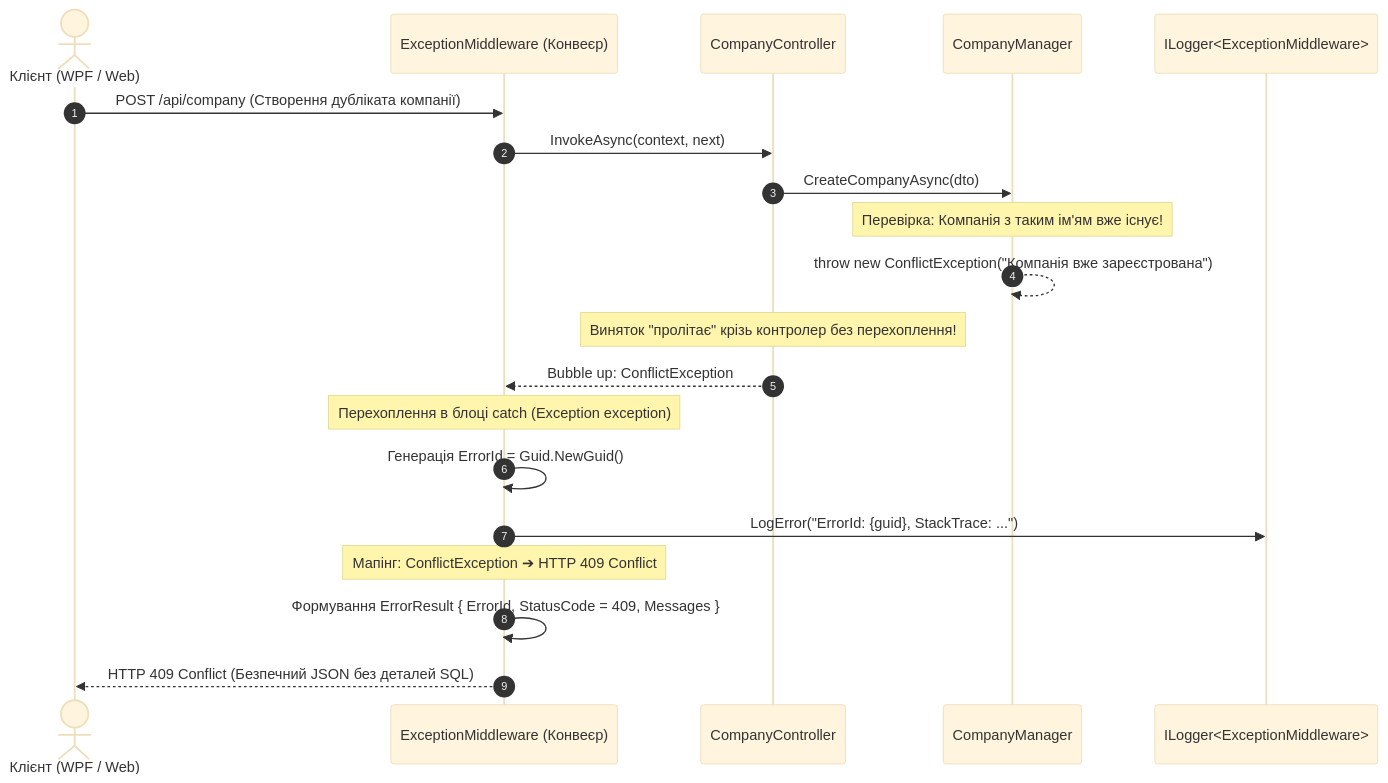
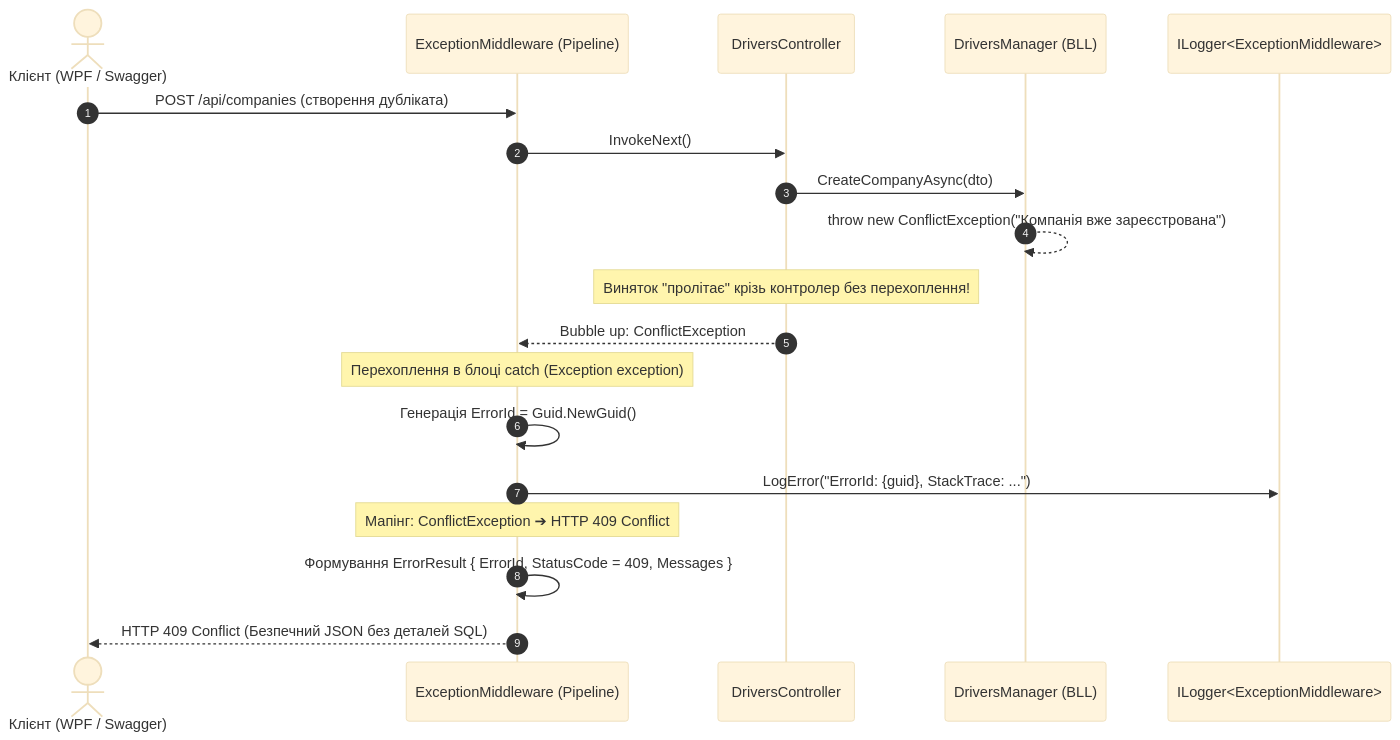
The diagram in 01-Ntier-Drivers/docs/Guides/03_Patterns_Centralized_Exception_Handling.md (MrTomkaYurii/Demo-CargoDeliveryService), drawn with Mermaid (base theme) before and after one commit. The commit also changed other lines of this file and 8 other files, not shown here.

````diff
--- a/01-Ntier-Drivers/docs/Guides/03_Patterns_Centralized_Exception_Handling.md
+++ b/01-Ntier-Drivers/docs/Guides/03_Patterns_Centralized_Exception_Handling.md
@@ -66,27 +59,26 @@
 ```mermaid
 sequenceDiagram
     autonumber
-    actor Client as Клієнт (WPF / Web)
-    participant Pipe as ExceptionMiddleware (Конвеєр)
-    participant Ctrl as CompanyController
-    participant BLL as CompanyManager
+    actor Client as Клієнт (WPF / Swagger)
+    participant Pipe as ExceptionMiddleware (Pipeline)
+    participant Ctrl as DriversController
+    participant BLL as DriversManager (BLL)
     participant Logger as ILogger<ExceptionMiddleware>
 
-    Client->>Pipe: POST /api/company (Створення дубліката компанії)
-    Pipe->>Ctrl: InvokeAsync(context, next)
+    Client->>Pipe: POST /api/companies (створення дубліката)
+    Pipe->>Ctrl: InvokeNext()
     Ctrl->>BLL: CreateCompanyAsync(dto)
     
-    Note over BLL: Перевірка: Компанія з таким ім'ям вже існує!
     BLL-->>BLL: throw new ConflictException("Компанія вже зареєстрована")
     
     Note over Ctrl: Виняток "пролітає" крізь контролер без перехоплення!
     Ctrl-->>Pipe: Bubble up: ConflictException
     
     Note over Pipe: Перехоплення в блоці catch (Exception exception)
     Pipe->>Pipe: Генерація ErrorId = Guid.NewGuid()
     Pipe->>Logger: LogError("ErrorId: {guid}, StackTrace: ...")
     
     Note over Pipe: Мапінг: ConflictException ➔ HTTP 409 Conflict
     Pipe->>Pipe: Формування ErrorResult { ErrorId, StatusCode = 409, Messages }
     Pipe-->>Client: HTTP 409 Conflict (Безпечний JSON без деталей SQL)
 ```
````
